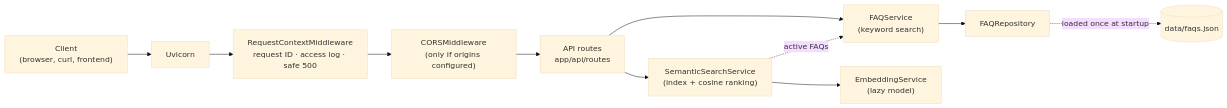
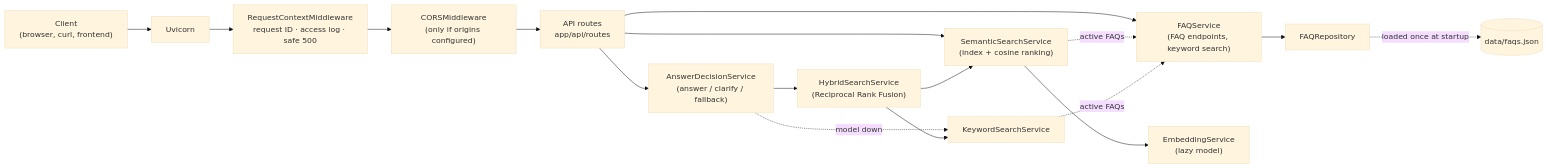
The third of 3 diagrams in README.md (pankajr03/ai-customer-support-chatbot), drawn with Mermaid (base theme) before and after one commit. The commit also changed other lines of this file, not shown here.

Commit message:
docs: document Stage 4 hybrid search, decisions and Stage 5 preview

````diff
--- a/README.md
+++ b/README.md
@@ -265,13 +444,19 @@
 ```mermaid
 flowchart LR
     Client["Client<br/>(browser, curl, frontend)"] --> Uvicorn
     Uvicorn --> MW["RequestContextMiddleware<br/>request ID · access log · safe 500"]
     MW --> CORS["CORSMiddleware<br/>(only if origins configured)"]
     CORS --> Routes["API routes<br/>app/api/routes"]
-    Routes --> FAQSvc["FAQService<br/>(keyword search)"]
+    Routes --> FAQSvc["FAQService<br/>(FAQ endpoints, keyword search)"]
     Routes --> SemSvc["SemanticSearchService<br/>(index + cosine ranking)"]
+    Routes --> Dec["AnswerDecisionService<br/>(answer / clarify / fallback)"]
+    Dec --> Hyb["HybridSearchService<br/>(Reciprocal Rank Fusion)"]
+    Dec -. "model down" .-> KwSvc
+    Hyb --> KwSvc["KeywordSearchService"]
+    Hyb --> SemSvc
     SemSvc --> Emb["EmbeddingService<br/>(lazy model)"]
     SemSvc -. "active FAQs" .-> FAQSvc
+    KwSvc -. "active FAQs" .-> FAQSvc
     FAQSvc --> Repo["FAQRepository"]
     Repo -. "loaded once at startup" .-> Data[("data/faqs.json")]
 ```
````
